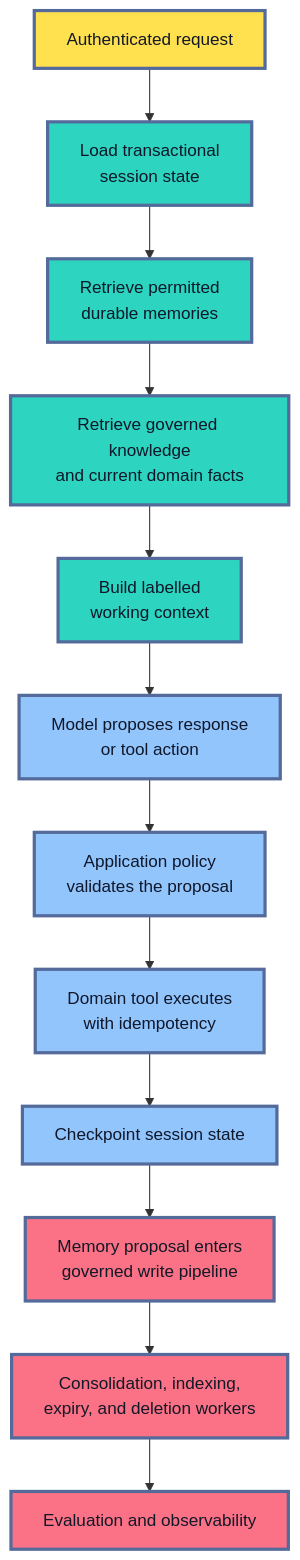
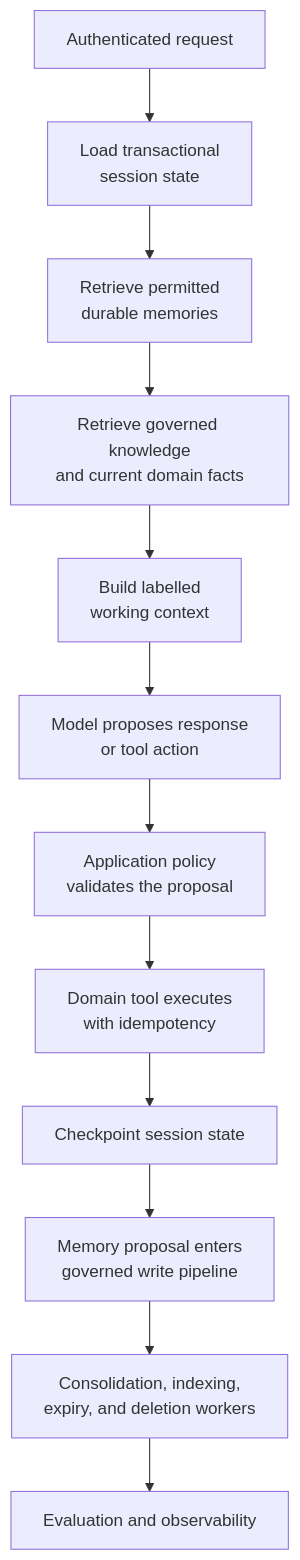
One commit to senlinyy/dev-roadmaps changed diagram 14 of 14 in roadmaps/mlops/modules/llmops/context-engineering/03-memory-and-state.md. Above: the diagram before and after it, drawn with Mermaid. The commit also changed other lines of this file and 152 other files, not shown here.

Commit message:
feat: mlops and diagrams updated

````diff
--- a/roadmaps/mlops/modules/llmops/context-engineering/03-memory-and-state.md
+++ b/roadmaps/mlops/modules/llmops/context-engineering/03-memory-and-state.md
@@ -839,23 +792,19 @@
 ```mermaid
 flowchart TD
     A["Authenticated request"] --> B["Load transactional<br/>session state"]
     B --> C["Retrieve permitted<br/>durable memories"]
     C --> D["Retrieve governed knowledge<br/>and current domain facts"]
     D --> E["Build labelled<br/>working context"]
     E --> F["Model proposes response<br/>or tool action"]
     F --> G["Application policy<br/>validates the proposal"]
     G --> H["Domain tool executes<br/>with idempotency"]
     H --> I["Checkpoint session state"]
     I --> J["Memory proposal enters<br/>governed write pipeline"]
     J --> K["Consolidation, indexing,<br/>expiry, and deletion workers"]
     K --> L["Evaluation and observability"]
 
-    classDef request fill:#FFE04F,stroke:#536A9A,stroke-width:3px,color:#111827
-    classDef context fill:#2DD4BF,stroke:#536A9A,stroke-width:3px,color:#0F172A
-    classDef action fill:#93C5FD,stroke:#536A9A,stroke-width:3px,color:#0F172A
-    classDef lifecycle fill:#FB7185,stroke:#536A9A,stroke-width:3px,color:#111827
     class A request
     class B,C,D,E context
     class F,G,H,I action
     class J,K,L lifecycle
 ```
````
